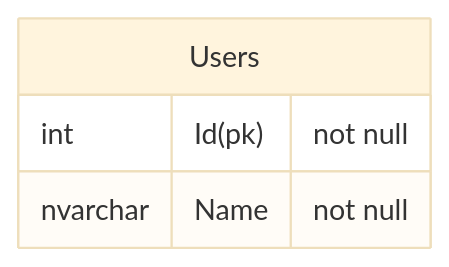
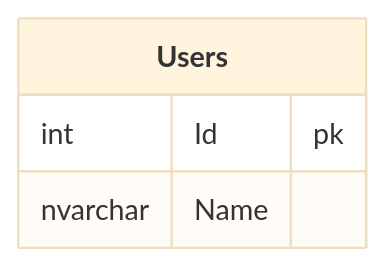
The diagram in src/SqlServerToMermaidTool.Tests/IntegrationTests.ConnectionString_ToMermaid.verified.mmd (SimonCropp/DbToMermaid), drawn with Mermaid (base theme) before and after one commit. The commit also changed 41 other files, not shown here.

```diff
--- a/src/SqlServerToMermaidTool.Tests/IntegrationTests.ConnectionString_ToMermaid.verified.mmd
+++ b/src/SqlServerToMermaidTool.Tests/IntegrationTests.ConnectionString_ToMermaid.verified.mmd
@@ -1,5 +1,5 @@
 erDiagram
-  Users {
-    int Id(pk) "not null"
-    nvarchar Name "not null"
+  Users["**Users**"] {
+    int Id pk
+    nvarchar Name
   }
```
